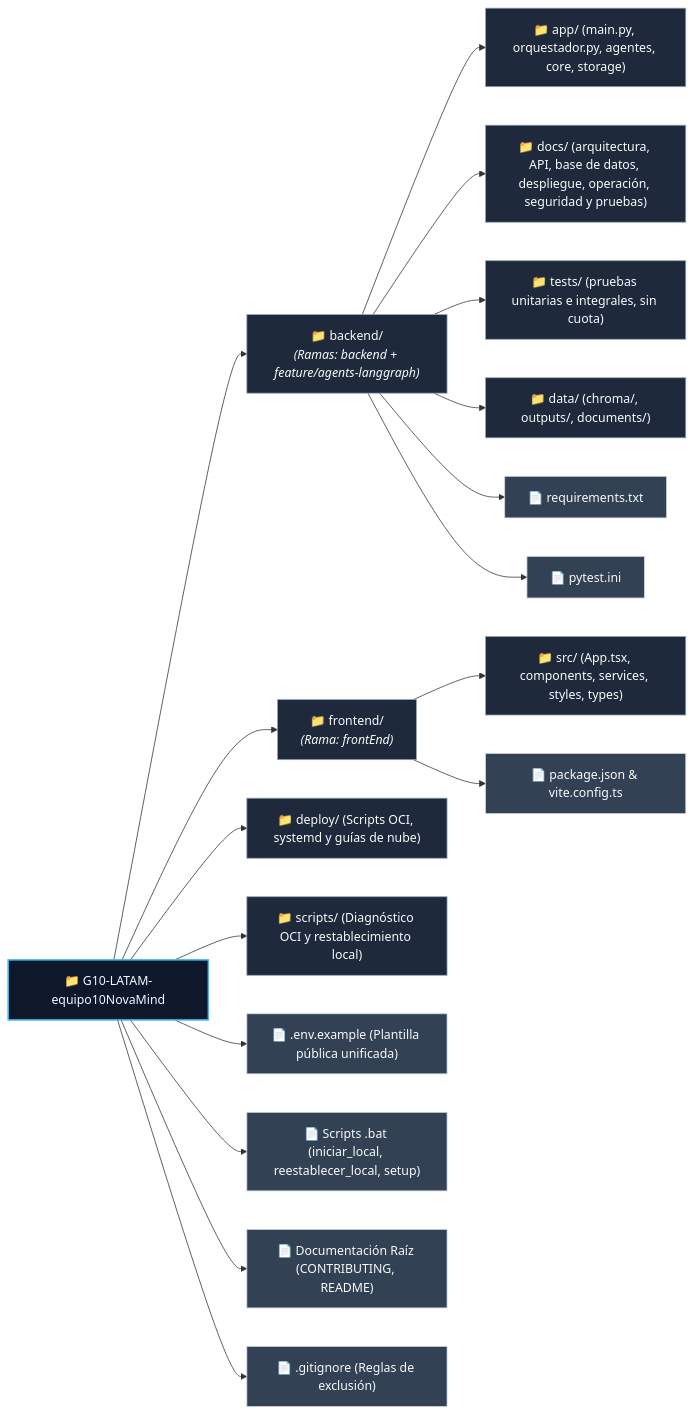
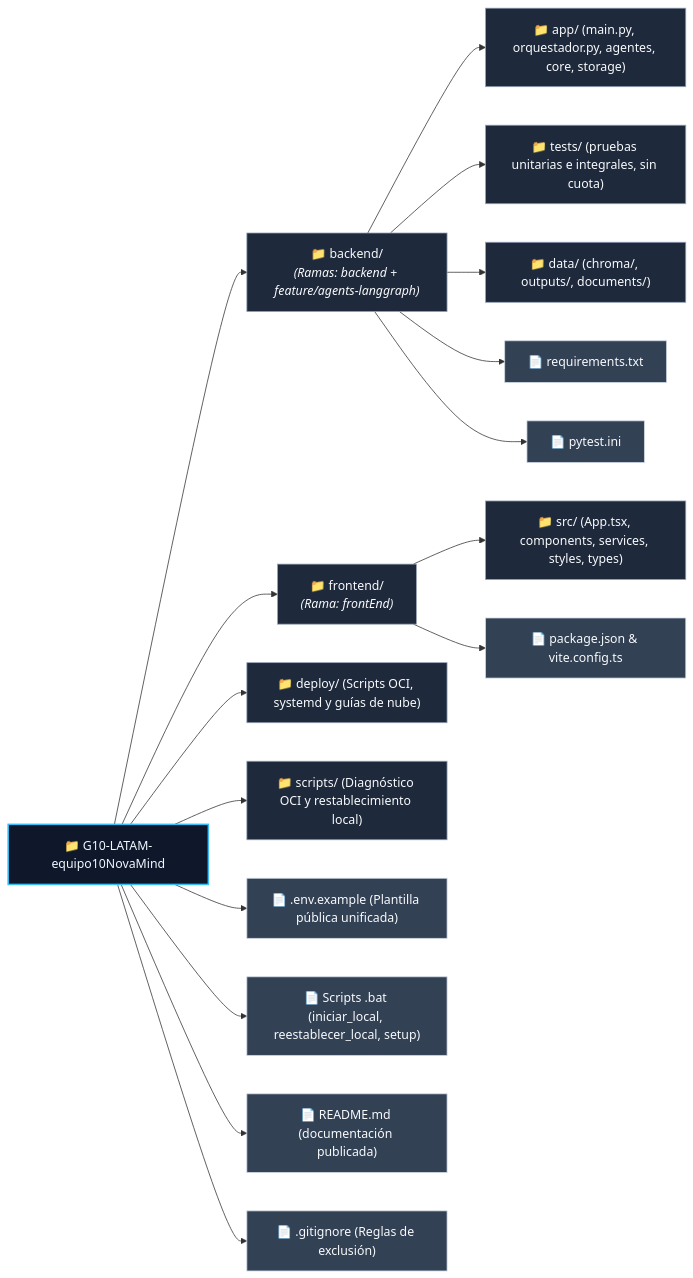
The third of 5 diagrams in README.md (No-Country-simulation/G10-LATAM-equipo10NovaMind), drawn with Mermaid before and after one commit. The commit also changed other lines of this file and 16 other files, not shown here.

````diff
--- a/README.md
+++ b/README.md
@@ -224,33 +194,32 @@
 ```mermaid
 graph LR
     %% Estilos
     classDef root fill:#0f172a,stroke:#38bdf8,stroke-width:2px,color:#f0f9ff;
     classDef dir fill:#1e293b,stroke:#94a3b8,stroke-width:1px,color:#f8fafc;
     classDef file fill:#334155,stroke:#cbd5e1,stroke-width:1px,color:#f8fafc;
 
     ROOT["📁 G10-LATAM-equipo10NovaMind"]:::root
 
     %% BACKEND
     ROOT --> B_DIR["📁 backend/<br/><i>(Ramas: backend + feature/agents-langgraph)</i>"]:::dir
     B_DIR --> B_APP["📁 app/ (main.py, orquestador.py, agentes, core, storage)"]:::dir
-    B_DIR --> B_DOCS["📁 docs/ (arquitectura, API, base de datos, despliegue, operación, seguridad y pruebas)"]:::dir
     B_DIR --> B_TESTS["📁 tests/ (pruebas unitarias e integrales, sin cuota)"]:::dir
     B_DIR --> B_DATA["📁 data/ (chroma/, outputs/, documents/)"]:::dir
     B_DIR --> B_REQ["📄 requirements.txt"]:::file
     B_DIR --> B_INI["📄 pytest.ini"]:::file
 
     %% FRONTEND
     ROOT --> F_DIR["📁 frontend/<br/><i>(Rama: frontEnd)</i>"]:::dir
     F_DIR --> F_SRC["📁 src/ (App.tsx, components, services, styles, types)"]:::dir
     F_DIR --> F_PKG["📄 package.json & vite.config.ts"]:::file
 
     %% DEPLOY & SCRIPTS
     ROOT --> D_DIR["📁 deploy/ (Scripts OCI, systemd y guías de nube)"]:::dir
     ROOT --> S_DIR["📁 scripts/ (Diagnóstico OCI y restablecimiento local)"]:::dir
 
     %% RAÍZ
     ROOT --> R_ENV["📄 .env.example (Plantilla pública unificada)"]:::file
     ROOT --> R_BAT["📄 Scripts .bat (iniciar_local, reestablecer_local, setup)"]:::file
-    ROOT --> R_DOC["📄 Documentación Raíz (CONTRIBUTING, README)"]:::file
+    ROOT --> R_DOC["📄 README.md (documentación publicada)"]:::file
     ROOT --> R_GIT["📄 .gitignore (Reglas de exclusión)"]:::file
 ```
````
